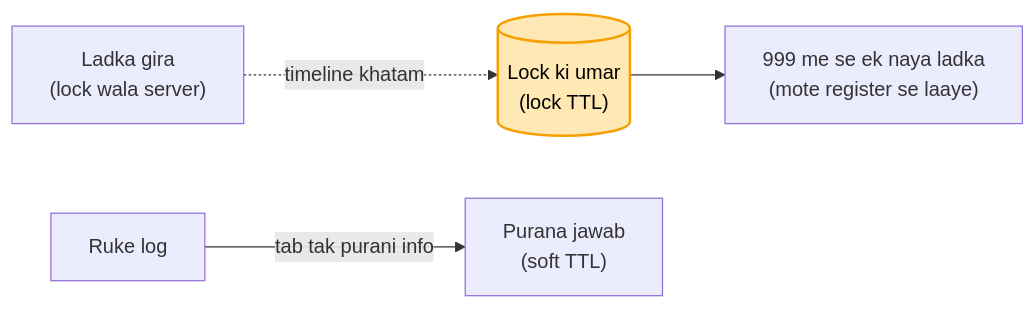
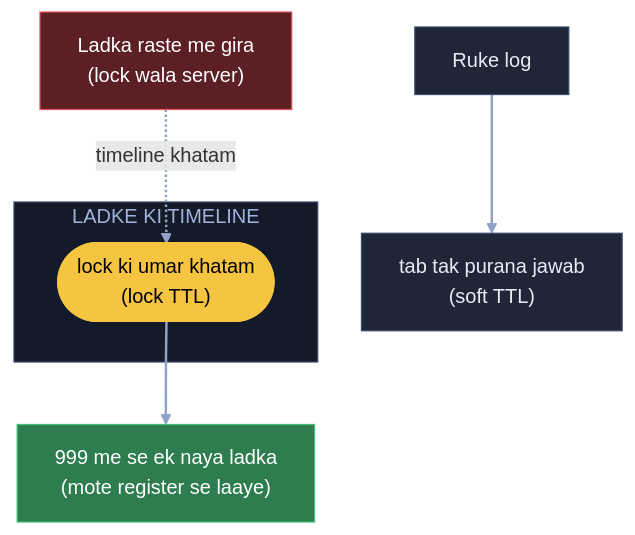
One commit to ArpanMaheshwari144/Prep changed the fifth of 13 diagrams in 04_HLD/SYSTEM_DESIGNS/01_url_shortener/01_url_shortener.md. Above: the diagram before and after it, drawn with Mermaid. The commit also changed other lines of this file, not shown here.

Commit message:
URL shortener: 13 diagram YouTube (reel) wale card andaaz me

````diff
--- a/04_HLD/SYSTEM_DESIGNS/01_url_shortener/01_url_shortener.md
+++ b/04_HLD/SYSTEM_DESIGNS/01_url_shortener/01_url_shortener.md
@@ -113,7 +155,19 @@
 ```mermaid
-flowchart LR
-    L["Ladka gira<br/>(lock wala server)"] -. "timeline khatam" .-> T[("Lock ki umar<br/>(lock TTL)")]
-    T --> N["999 me se ek naya ladka<br/>(mote register se laaye)"]
-    U["Ruke log"] -- "tab tak purani info" --> O["Purana jawab<br/>(soft TTL)"]
-    style T fill:#ffe8b3,stroke:#f59f00,stroke-width:2px,color:#000
+flowchart TB
+    L["Ladka raste me gira<br/>(lock wala server)"]:::bad
+    subgraph T["LADKE KI TIMELINE"]
+        TT(["lock ki umar khatam<br/>(lock TTL)"]):::pill
+    end
+    N["999 me se ek naya ladka<br/>(mote register se laaye)"]:::good
+    U["Ruke log"]:::card
+    O["tab tak purana jawab<br/>(soft TTL)"]:::card
+    L -. "timeline khatam" .-> TT
+    TT --> N
+    U --> O
+    linkStyle default stroke:#8fa3c7,stroke-width:2px
+    classDef card fill:#1e2638,stroke:#3a4a6b,color:#e8ecf5
+    classDef pill fill:#f5c542,stroke:#f5c542,color:#000
+    classDef good fill:#2e7d4f,stroke:#3fbf6f,color:#fff
+    classDef bad fill:#5c1f24,stroke:#e05561,color:#fff
+    style T fill:#141a29,stroke:#3a4a6b,color:#9fb3d9
 ```
````
